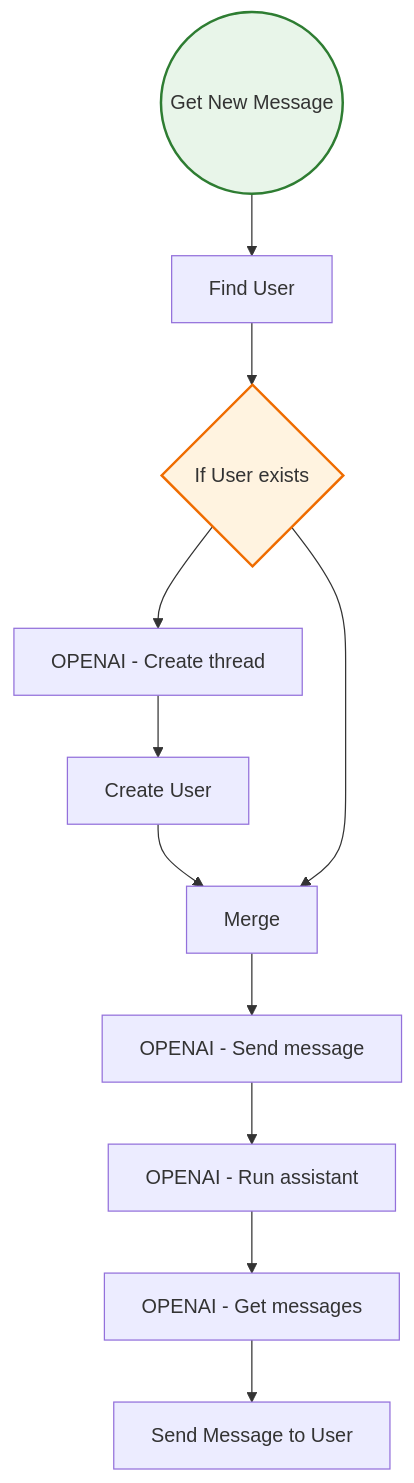
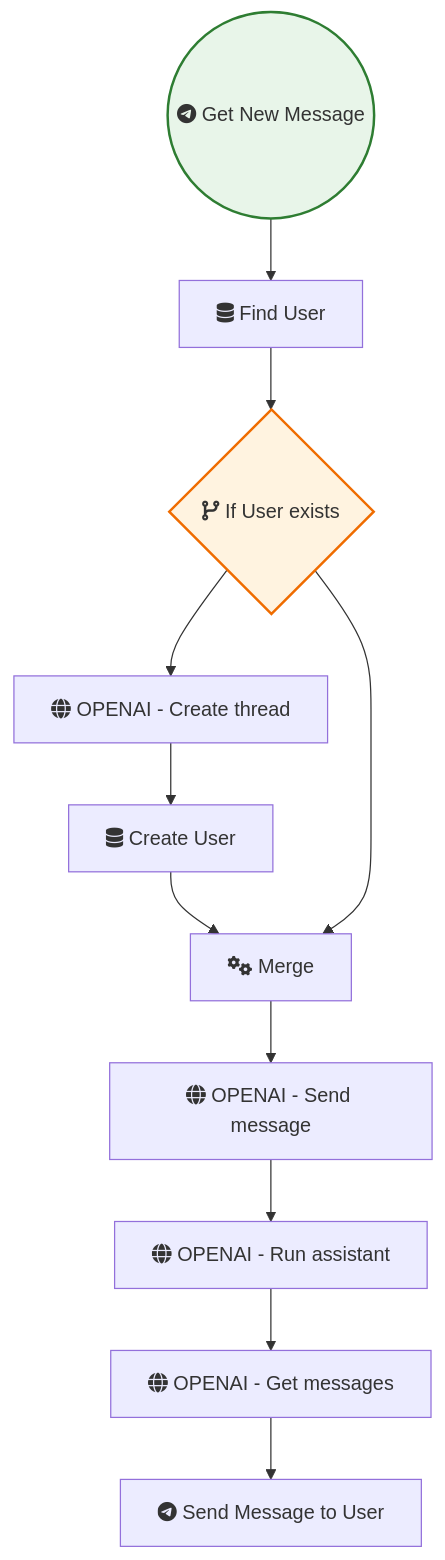
The diagram in Telegram/Telegram Bot with Supabase memory and OpenAI assistant integration.md (sreyash3105/N8N-DEMO-AUTOMATIONS), drawn with Mermaid before and after one commit. The commit also changed 291 other files, not shown here.

````diff
--- a/Telegram/Telegram Bot with Supabase memory and OpenAI assistant integration.md
+++ b/Telegram/Telegram Bot with Supabase memory and OpenAI assistant integration.md
@@ -1,28 +1,28 @@
 ```mermaid
 graph TD
     classDef trigger fill:#e8f5e9,stroke:#2e7d32,stroke-width:2px;
     classDef ai fill:#e3f2fd,stroke:#1565c0,stroke-width:2px;
     classDef logic fill:#fff3e0,stroke:#ef6c00,stroke-width:2px;
 
-    Get_New_Message(("Get New Message")):::trigger
-    OPENAI___Create_thread["OPENAI - Create thread"]
-    Create_User["Create User"]
-    Merge["Merge"]
-    OPENAI___Send_message["OPENAI - Send message"]
-    OPENAI___Run_assistant["OPENAI - Run assistant"]
-    OPENAI___Get_messages["OPENAI - Get messages"]
-    Send_Message_to_User["Send Message to User"]
-    If_User_exists{"If User exists"}:::logic
-    Find_User["Find User"]
+    Get_New_Message(("fab:fa-telegram Get New Message")):::trigger
+    OPENAI___Create_thread["fas:fa-globe OPENAI - Create thread"]
+    Create_User["fas:fa-database Create User"]
+    Merge["fas:fa-cogs Merge"]
+    OPENAI___Send_message["fas:fa-globe OPENAI - Send message"]
+    OPENAI___Run_assistant["fas:fa-globe OPENAI - Run assistant"]
+    OPENAI___Get_messages["fas:fa-globe OPENAI - Get messages"]
+    Send_Message_to_User["fab:fa-telegram Send Message to User"]
+    If_User_exists{"fas:fa-code-branch If User exists"}:::logic
+    Find_User["fas:fa-database Find User"]
 
     Merge --> OPENAI___Send_message
     Find_User --> If_User_exists
     Create_User --> Merge
     If_User_exists --> Merge
     If_User_exists --> OPENAI___Create_thread
     Get_New_Message --> Find_User
     OPENAI___Get_messages --> Send_Message_to_User
     OPENAI___Send_message --> OPENAI___Run_assistant
     OPENAI___Create_thread --> Create_User
     OPENAI___Run_assistant --> OPENAI___Get_messages
 ```
````
